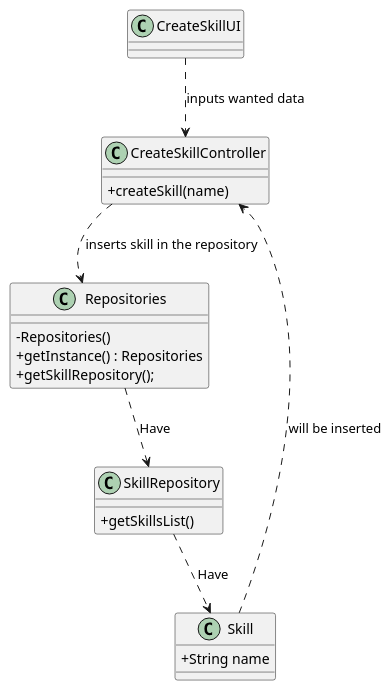
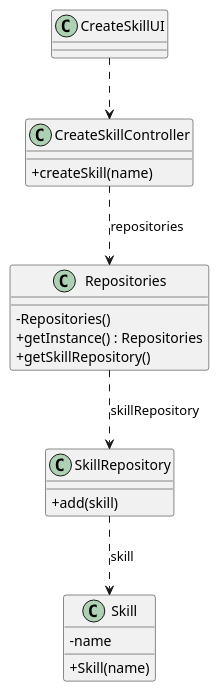
One commit to Departamento-de-Engenharia-Informatica/lei-24-s2-1dm-g132 changed the diagram in docs/sprintB/us001/03.design/puml/us001-class-diagram.puml. Above: the diagram before and after it, drawn with PlantUML. The commit also changed 2 other files, not shown here.

```diff
--- a/docs/sprintB/us001/03.design/puml/us001-class-diagram.puml
+++ b/docs/sprintB/us001/03.design/puml/us001-class-diagram.puml
@@ -1,33 +1,33 @@
 @startuml
 skinparam classAttributeIconSize 0
 
 class CreateSkillController {
     +createSkill(name)
 }
 
 
 class CreateSkillUI {
 
 }
 
 class Skill
- {
-    +String name
+{
+    - name
+    + Skill(name)
+}
+class Repositories {
+    - Repositories()
+    + getInstance() : Repositories
+    + getSkillRepository()
+}
 
- }
- class Repositories {
-     - Repositories()
-     + getInstance() : Repositories
-     + getSkillRepository();
- }
+class SkillRepository {
+   + add(skill)
+}
+CreateSkillUI ..> CreateSkillController
+CreateSkillController ..> Repositories : repositories
 
- class SkillRepository {
-     + getSkillsList()
- }
-CreateSkillUI ..> CreateSkillController: inputs wanted data
-CreateSkillController ..> Repositories : inserts skill in the repository
-Repositories ..> SkillRepository : Have
-SkillRepository ..> Skill : Have
-Skill ..> CreateSkillController : will be inserted
+Repositories ..> SkillRepository : skillRepository
+SkillRepository ..> Skill : skill
 
 @enduml
```
